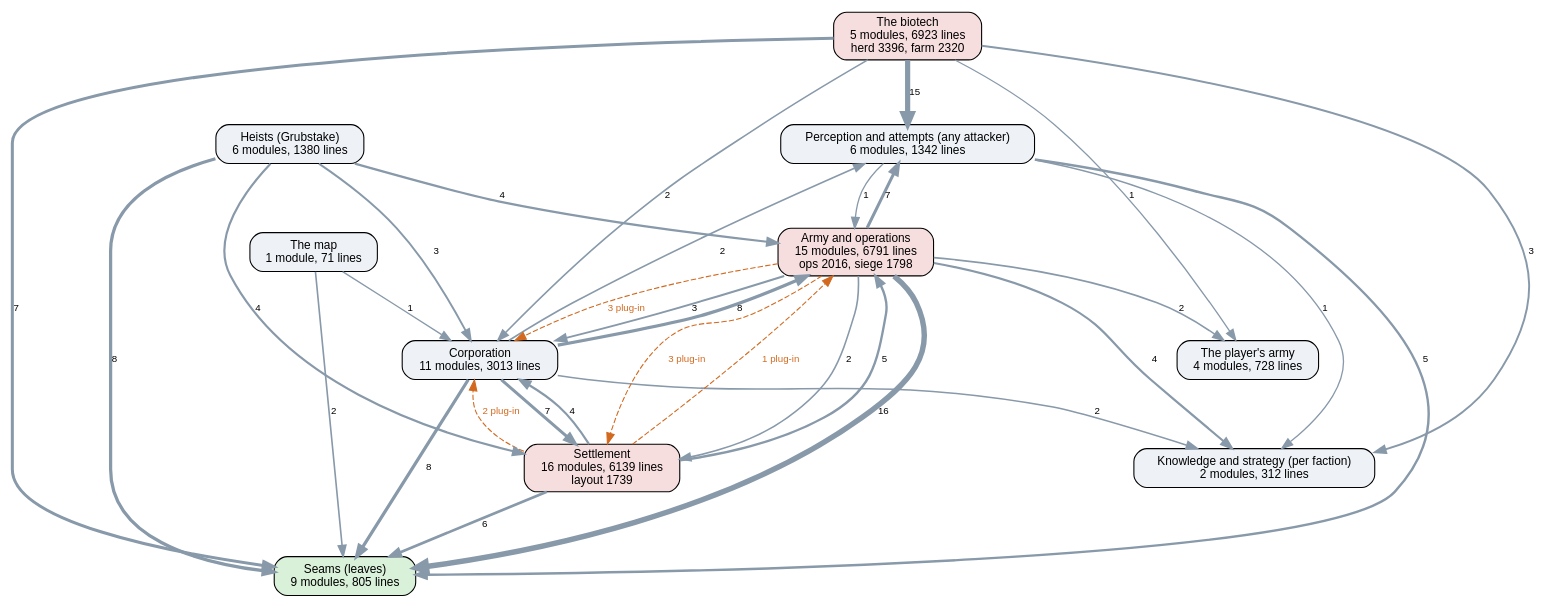
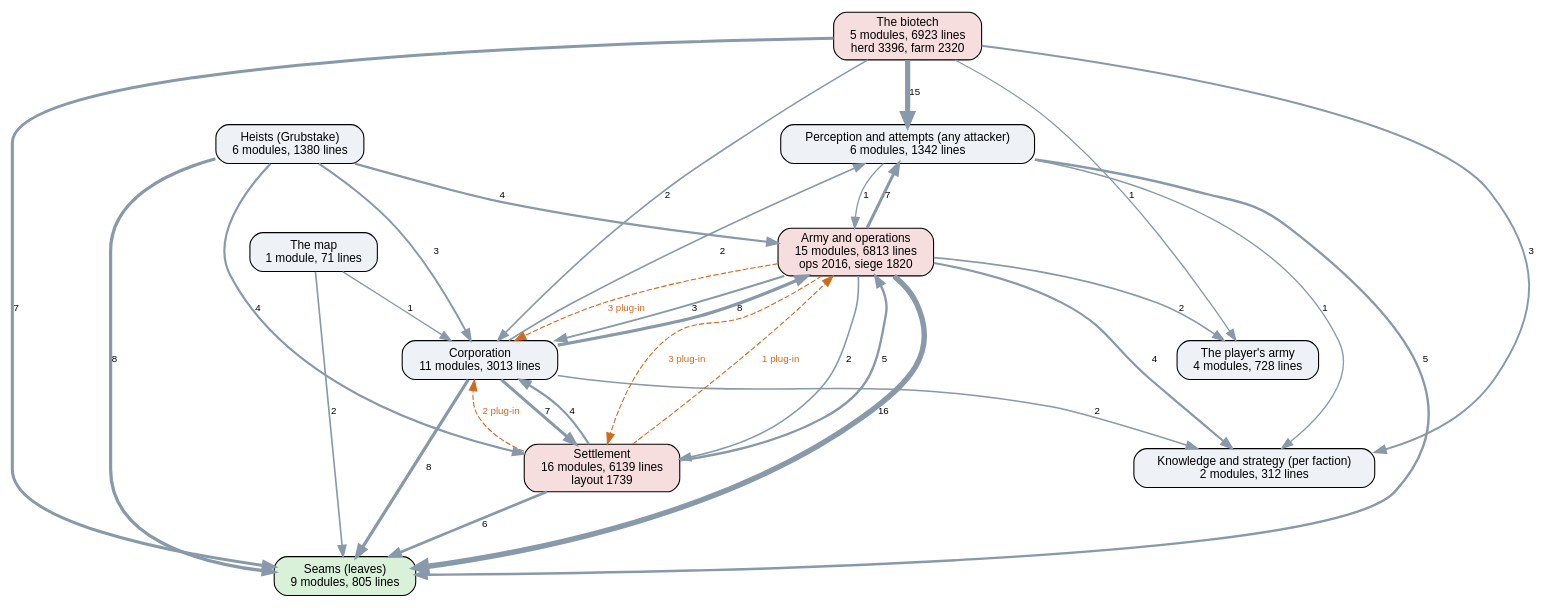
The diagram in docs/ai-layers.dot (kinelhu/landing-party), drawn with Graphviz before and after one commit. The commit also changed 7 other files, not shown here.

```diff
--- a/docs/ai-layers.dot
+++ b/docs/ai-layers.dot
@@ -1,47 +1,47 @@
 digraph layers {
   graph [rankdir=TB, fontname="Helvetica", nodesep=0.5, ranksep=0.7];
   node [shape=box, style="rounded,filled", fontname="Helvetica", fontsize=11, fillcolor="#eef2f7"];
   edge [color="#8899aa", fontname="Helvetica", fontsize=9];
   "Seams (leaves)" [label="Seams (leaves)\n9 modules, 805 lines", fillcolor="#d9f0d9"];
   "Perception and attempts (any attacker)" [label="Perception and attempts (any attacker)\n6 modules, 1342 lines", fillcolor="#eef2f7"];
   "Knowledge and strategy (per faction)" [label="Knowledge and strategy (per faction)\n2 modules, 312 lines", fillcolor="#eef2f7"];
   "Corporation" [label="Corporation\n11 modules, 3013 lines", fillcolor="#eef2f7"];
   "Settlement" [label="Settlement\n16 modules, 6139 lines\nlayout 1739", fillcolor="#f7dede"];
-  "Army and operations" [label="Army and operations\n15 modules, 6791 lines\nops 2016, siege 1798", fillcolor="#f7dede"];
+  "Army and operations" [label="Army and operations\n15 modules, 6813 lines\nops 2016, siege 1820", fillcolor="#f7dede"];
   "Heists (Grubstake)" [label="Heists (Grubstake)\n6 modules, 1380 lines", fillcolor="#eef2f7"];
   "The biotech" [label="The biotech\n5 modules, 6923 lines\nherd 3396, farm 2320", fillcolor="#f7dede"];
   "The map" [label="The map\n1 module, 71 lines", fillcolor="#eef2f7"];
   "The player's army" [label="The player's army\n4 modules, 728 lines", fillcolor="#eef2f7"];
   "Army and operations" -> "Corporation" [label="3", penwidth=1.8];
   "Army and operations" -> "Knowledge and strategy (per faction)" [label="4", penwidth=2.0];
   "Army and operations" -> "Perception and attempts (any attacker)" [label="7", penwidth=2.8];
   "Army and operations" -> "Seams (leaves)" [label="16", penwidth=5.0];
   "Army and operations" -> "Settlement" [label="2", penwidth=1.5];
   "Army and operations" -> "The player's army" [label="2", penwidth=1.5];
   "Corporation" -> "Army and operations" [label="8", penwidth=3.0];
   "Corporation" -> "Knowledge and strategy (per faction)" [label="2", penwidth=1.5];
   "Corporation" -> "Perception and attempts (any attacker)" [label="2", penwidth=1.5];
   "Corporation" -> "Seams (leaves)" [label="8", penwidth=3.0];
   "Corporation" -> "Settlement" [label="7", penwidth=2.8];
   "Heists (Grubstake)" -> "Army and operations" [label="4", penwidth=2.0];
   "Heists (Grubstake)" -> "Corporation" [label="3", penwidth=1.8];
   "Heists (Grubstake)" -> "Seams (leaves)" [label="8", penwidth=3.0];
   "Heists (Grubstake)" -> "Settlement" [label="4", penwidth=2.0];
   "Perception and attempts (any attacker)" -> "Army and operations" [label="1", penwidth=1.2];
   "Perception and attempts (any attacker)" -> "Knowledge and strategy (per faction)" [label="1", penwidth=1.2];
   "Perception and attempts (any attacker)" -> "Seams (leaves)" [label="5", penwidth=2.2];
   "Settlement" -> "Army and operations" [label="5", penwidth=2.2];
   "Settlement" -> "Corporation" [label="4", penwidth=2.0];
   "Settlement" -> "Seams (leaves)" [label="6", penwidth=2.5];
   "The biotech" -> "Corporation" [label="2", penwidth=1.5];
   "The biotech" -> "Knowledge and strategy (per faction)" [label="3", penwidth=1.8];
   "The biotech" -> "Perception and attempts (any attacker)" [label="15", penwidth=4.8];
   "The biotech" -> "Seams (leaves)" [label="7", penwidth=2.8];
   "The biotech" -> "The player's army" [label="1", penwidth=1.2];
   "The map" -> "Corporation" [label="1", penwidth=1.2];
   "The map" -> "Seams (leaves)" [label="2", penwidth=1.5];
   "Army and operations" -> "Corporation" [style=dashed, color="#d2691e", fontcolor="#d2691e", label="3 plug-in"];
   "Army and operations" -> "Settlement" [style=dashed, color="#d2691e", fontcolor="#d2691e", label="3 plug-in"];
   "Settlement" -> "Army and operations" [style=dashed, color="#d2691e", fontcolor="#d2691e", label="1 plug-in"];
   "Settlement" -> "Corporation" [style=dashed, color="#d2691e", fontcolor="#d2691e", label="2 plug-in"];
 }
```
